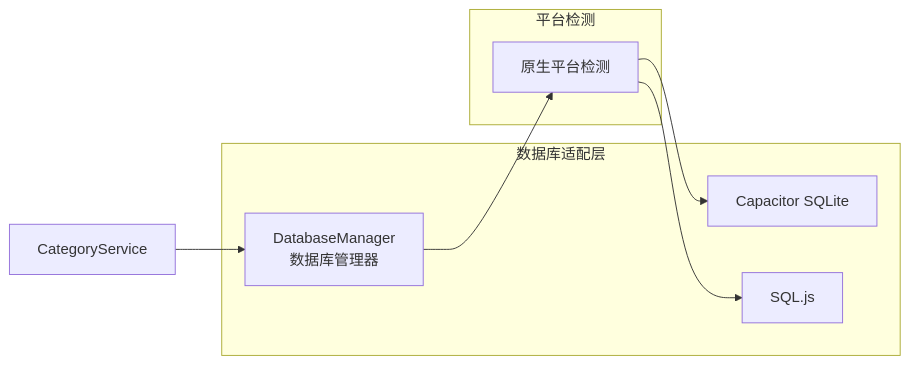
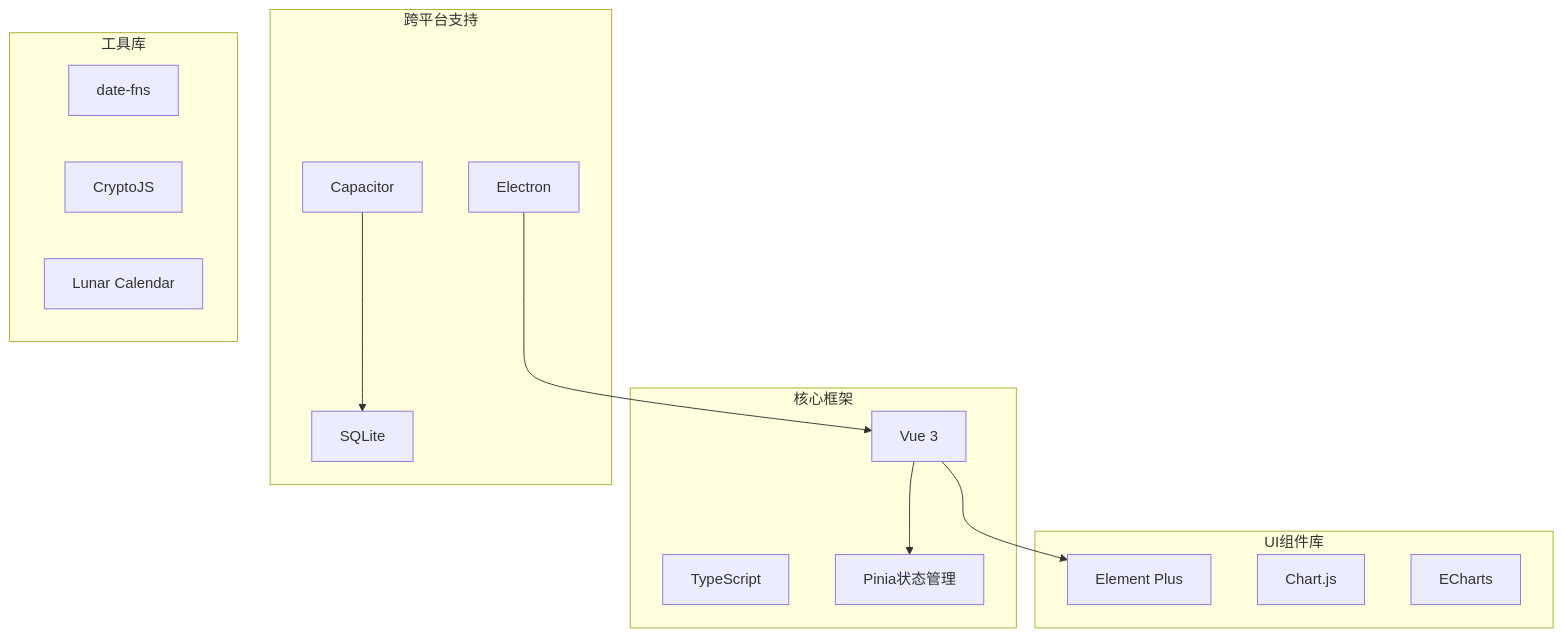
Before and after one commit to xiao-lin-unit/yuan: diagram 12 of 13 in .qoder/repowiki/zh/content/API参考/服务API.md, drawn with Mermaid. The commit also changed other lines of this file and 21 other files, not shown here.

````diff
--- a/.qoder/repowiki/zh/content/API参考/服务API.md
+++ b/.qoder/repowiki/zh/content/API参考/服务API.md
@@ -310,15 +627,27 @@
 ```mermaid
-graph LR
-subgraph "数据库适配层"
-DM[DatabaseManager<br/>数据库管理器]
-CA[Capacitor SQLite]
-SJ[SQL.js]
+graph TB
+subgraph "核心框架"
+Vue[Vue 3]
+TypeScript[TypeScript]
+Pinia[Pinia状态管理]
 end
-subgraph "平台检测"
-NP[原生平台检测]
+subgraph "跨平台支持"
+Capacitor[Capacitor]
+Electron[Electron]
+SQLite[SQLite]
 end
-CS[CategoryService] --> DM
-DM --> NP
-NP --> CA
-NP --> SJ
+subgraph "UI组件库"
+ElementPlus[Element Plus]
+ChartJS[Chart.js]
+ECharts[ECharts]
+end
+subgraph "工具库"
+DateFns[date-fns]
+CryptoJS[CryptoJS]
+Lunar[Lunar Calendar]
+end
+Vue --> Pinia
+Vue --> ElementPlus
+Capacitor --> SQLite
+Electron --> Vue
 ```
````
